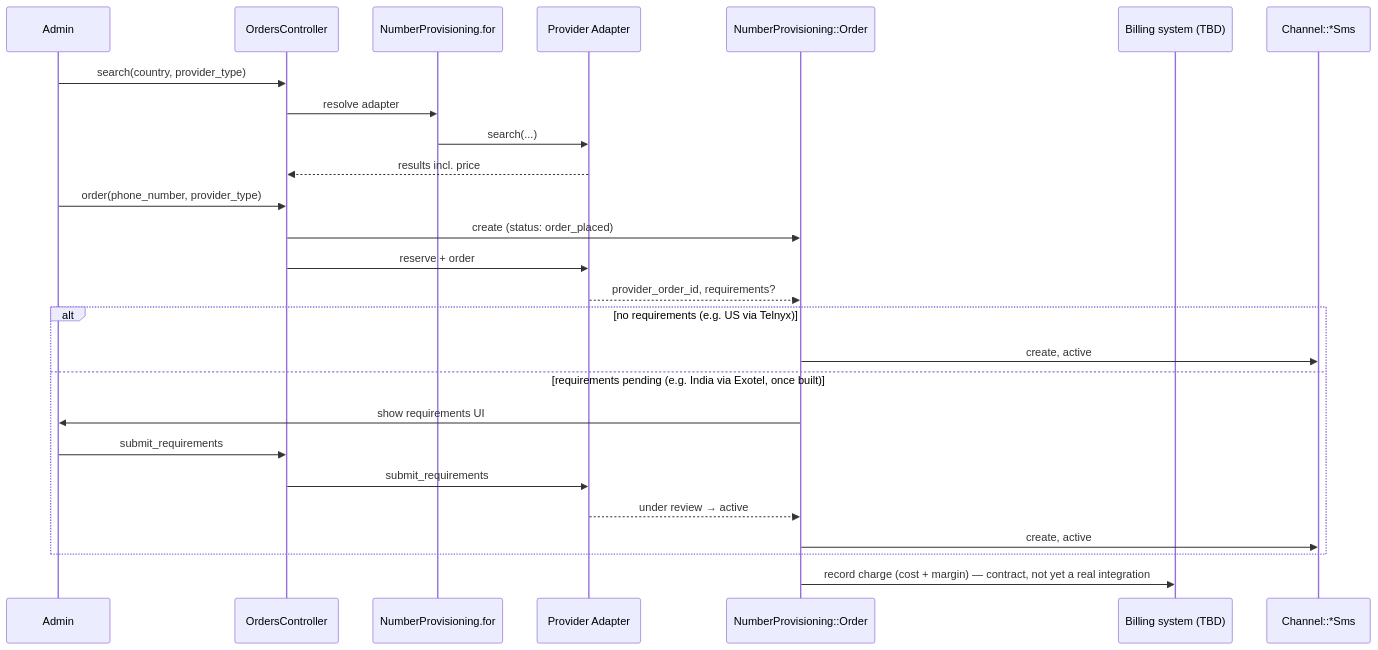
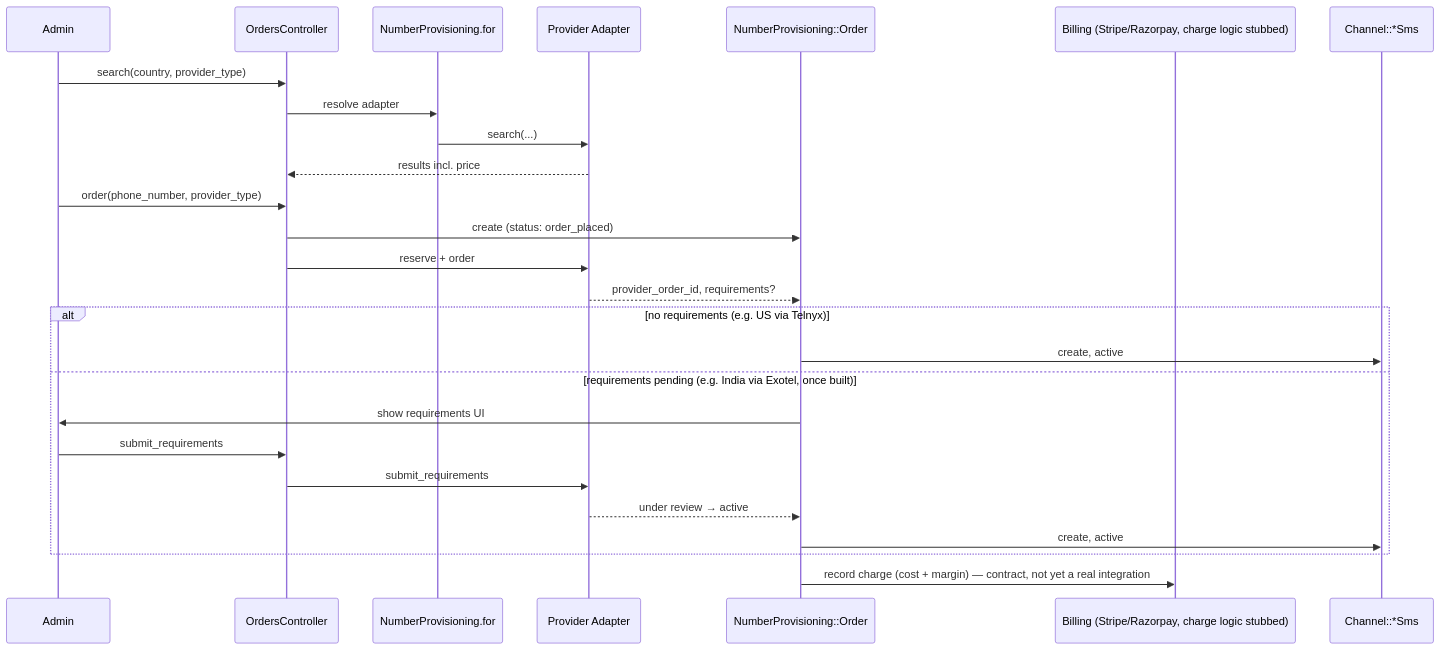
The second of 2 diagrams in docs/solution-notes/number-provisioning-reseller-architecture-design.md (newrelay/newrelay-app), drawn with Mermaid before and after one commit. The commit also changed other lines of this file and 1 other file, not shown here.

Commit message:
docs(provisioning): finish correcting stale billing-vendor claims
Two spots missed in the previous pass: the Architecture Design's
non-goals list and its sequence diagram both still said the billing
vendor was unidentified/TBD. Updated both to Stripe + Razorpay,
consistent with the rest of the document, and refreshed the FRD's
correction note now that the Architecture Design is fully fixed.

````diff
--- a/docs/solution-notes/number-provisioning-reseller-architecture-design.md
+++ b/docs/solution-notes/number-provisioning-reseller-architecture-design.md
@@ -82,29 +82,29 @@
 ```mermaid
 sequenceDiagram
   participant Admin
   participant API as OrdersController
   participant Reg as NumberProvisioning.for
   participant Adapter as Provider Adapter
   participant Order as NumberProvisioning::Order
-  participant Billing as Billing system (TBD)
+  participant Billing as Billing (Stripe/Razorpay, charge logic stubbed)
   participant Channel as Channel::*Sms
 
   Admin->>API: search(country, provider_type)
   API->>Reg: resolve adapter
   Reg->>Adapter: search(...)
   Adapter-->>API: results incl. price
   Admin->>API: order(phone_number, provider_type)
   API->>Order: create (status: order_placed)
   API->>Adapter: reserve + order
   Adapter-->>Order: provider_order_id, requirements?
   alt no requirements (e.g. US via Telnyx)
     Order->>Channel: create, active
   else requirements pending (e.g. India via Exotel, once built)
     Order->>Admin: show requirements UI
     Admin->>API: submit_requirements
     API->>Adapter: submit_requirements
     Adapter-->>Order: under review → active
     Order->>Channel: create, active
   end
   Order->>Billing: record charge (cost + margin) — contract, not yet a real integration
 ```
````
